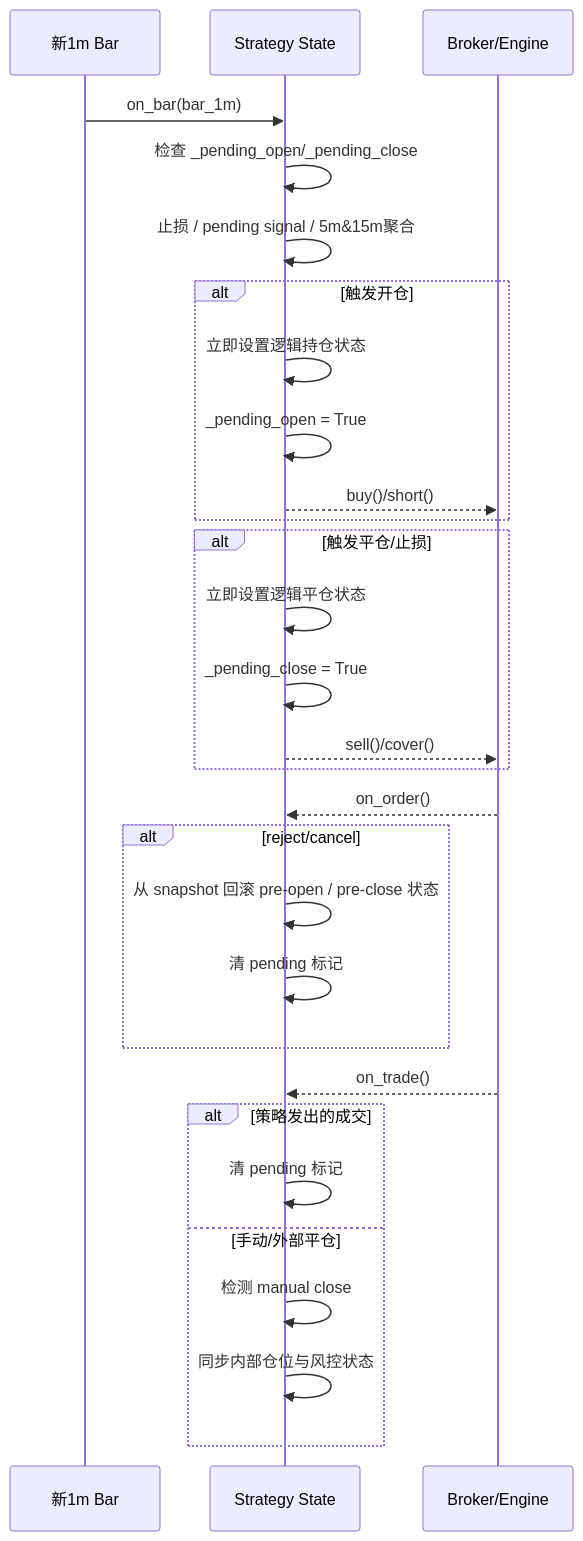
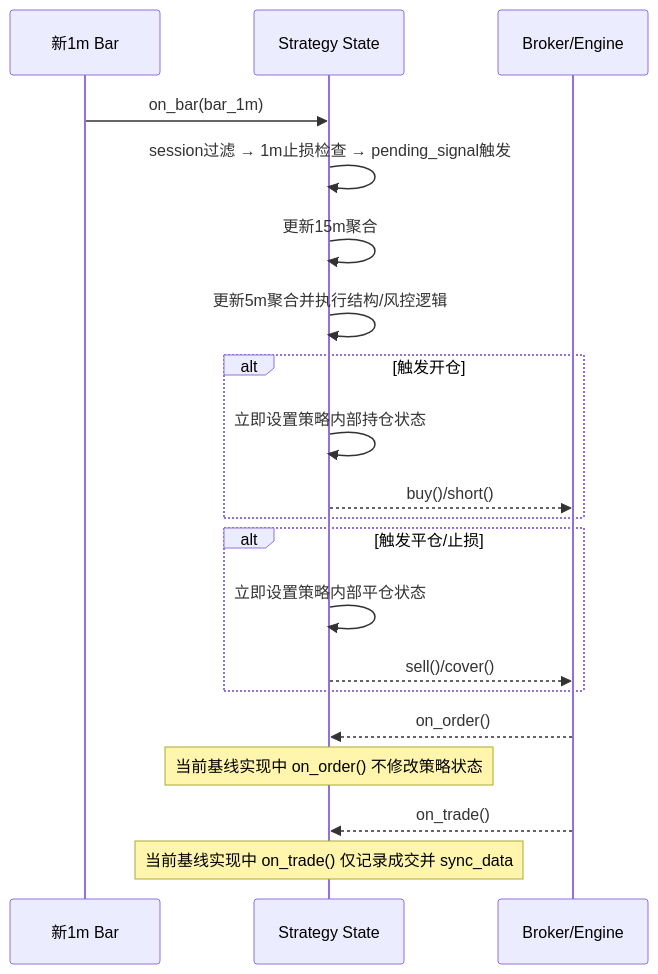
The third of 3 diagrams in docs/strategy_design.md (PPPPanda/quantPlus), drawn with Mermaid before and after one commit. The commit also changed other lines of this file and 2 other files, not shown here.

````diff
--- a/docs/strategy_design.md
+++ b/docs/strategy_design.md
@@ -476,36 +484,27 @@
 ```mermaid
 sequenceDiagram
     participant Bar as 新1m Bar
     participant Strat as Strategy State
     participant Broker as Broker/Engine
 
     Bar->>Strat: on_bar(bar_1m)
-    Strat->>Strat: 检查 _pending_open/_pending_close
-    Strat->>Strat: 止损 / pending signal / 5m&15m聚合
+    Strat->>Strat: session过滤 → 1m止损检查 → pending_signal触发
+    Strat->>Strat: 更新15m聚合
+    Strat->>Strat: 更新5m聚合并执行结构/风控逻辑
 
     alt 触发开仓
-        Strat->>Strat: 立即设置逻辑持仓状态
-        Strat->>Strat: _pending_open = True
+        Strat->>Strat: 立即设置策略内部持仓状态
         Strat-->>Broker: buy()/short()
     end
 
     alt 触发平仓/止损
-        Strat->>Strat: 立即设置逻辑平仓状态
-        Strat->>Strat: _pending_close = True
+        Strat->>Strat: 立即设置策略内部平仓状态
         Strat-->>Broker: sell()/cover()
     end
 
     Broker-->>Strat: on_order()
-    alt reject/cancel
-        Strat->>Strat: 从 snapshot 回滚 pre-open / pre-close 状态
-        Strat->>Strat: 清 pending 标记
-    end
+    Note over Strat: 当前基线实现中 on_order() 不修改策略状态
 
     Broker-->>Strat: on_trade()
-    alt 策略发出的成交
-        Strat->>Strat: 清 pending 标记
-    else 手动/外部平仓
-        Strat->>Strat: 检测 manual close
-        Strat->>Strat: 同步内部仓位与风控状态
-    end
+    Note over Strat: 当前基线实现中 on_trade() 仅记录成交并 sync_data
 ```
````
